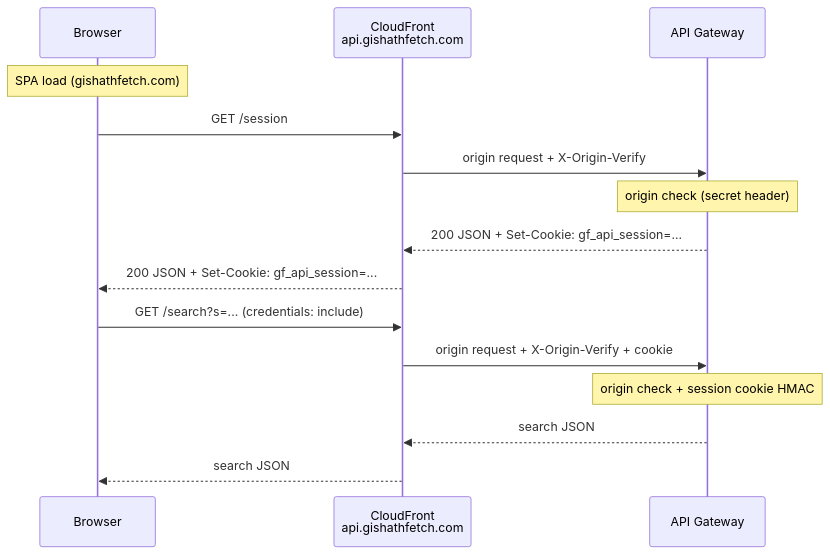
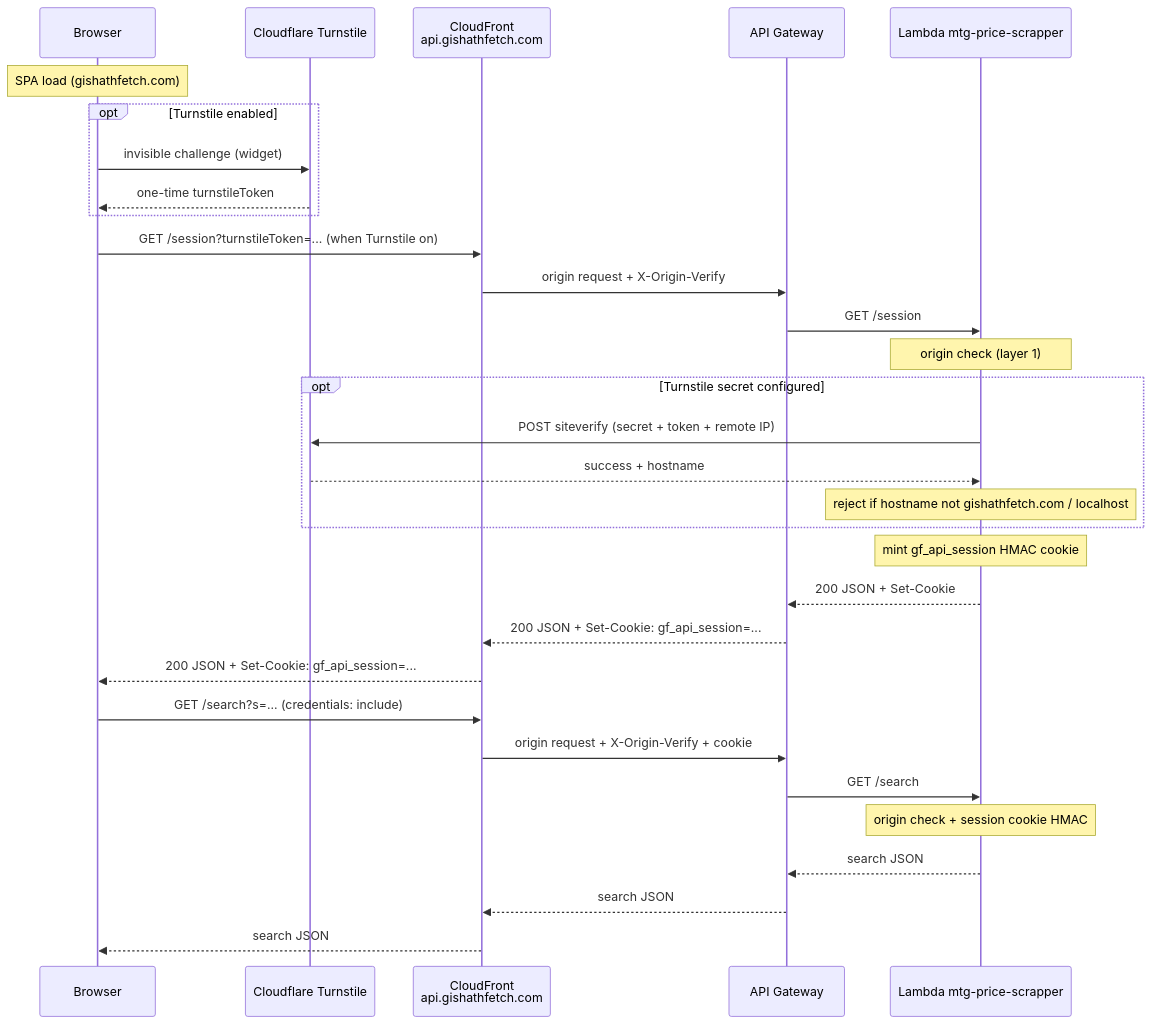
Before and after one commit to xenodus/gishathfetch: the diagram in docs/api-abuse-mitigation.md, drawn with Mermaid. The commit also changed other lines of this file and 8 other files, not shown here.

First line of the commit message:
Add Turnstile timing to search stats (#468)

````diff
--- a/docs/api-abuse-mitigation.md
+++ b/docs/api-abuse-mitigation.md
@@ -23,18 +26,34 @@
 ```mermaid
 sequenceDiagram
     participant U as Browser
+    participant TS as Cloudflare Turnstile
     participant CF as CloudFront<br/>api.gishathfetch.com
     participant API as API Gateway
+    participant L as Lambda mtg-price-scrapper
 
     Note over U: SPA load (gishathfetch.com)
-    U->>CF: GET /session
+    opt Turnstile enabled
+        U->>TS: invisible challenge (widget)
+        TS-->>U: one-time turnstileToken
+    end
+    U->>CF: GET /session?turnstileToken=... (when Turnstile on)
     CF->>API: origin request + X-Origin-Verify
-    Note over API: origin check (secret header)
+    API->>L: GET /session
+    Note over L: origin check (layer 1)
+    opt Turnstile secret configured
+        L->>TS: POST siteverify (secret + token + remote IP)
+        TS-->>L: success + hostname
+        Note over L: reject if hostname not gishathfetch.com / localhost
+    end
+    Note over L: mint gf_api_session HMAC cookie
+    L-->>API: 200 JSON + Set-Cookie
     API-->>CF: 200 JSON + Set-Cookie: gf_api_session=...
     CF-->>U: 200 JSON + Set-Cookie: gf_api_session=...
     U->>CF: GET /search?s=... (credentials: include)
     CF->>API: origin request + X-Origin-Verify + cookie
-    Note over API: origin check + session cookie HMAC
+    API->>L: GET /search
+    Note over L: origin check + session cookie HMAC
+    L-->>API: search JSON
     API-->>CF: search JSON
     CF-->>U: search JSON
 ```
````
